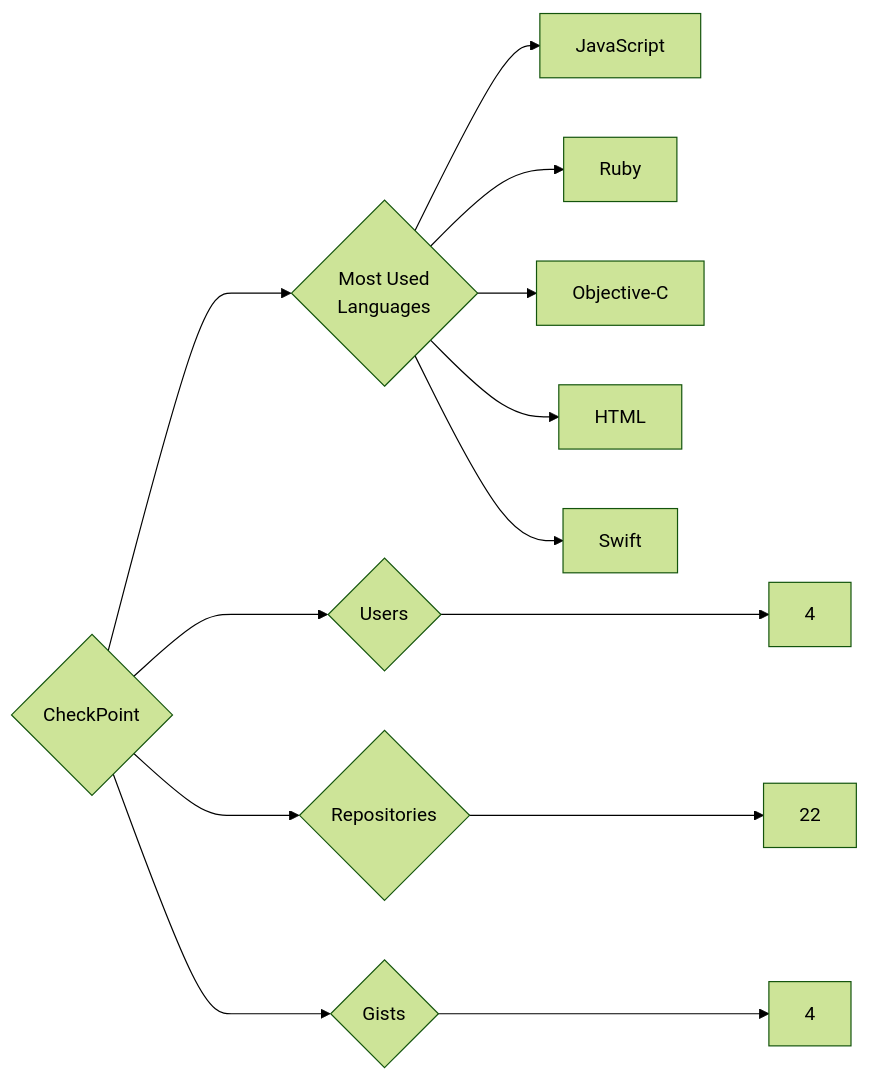
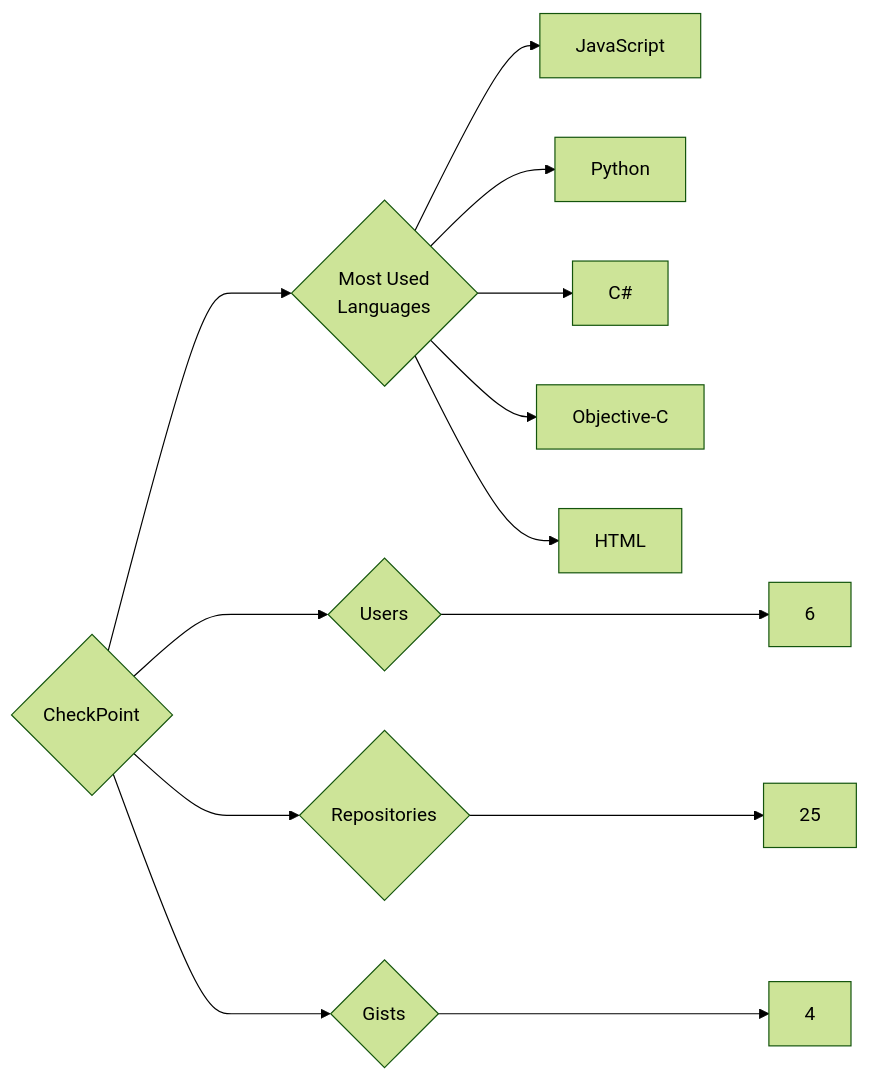
Before and after one commit to trickest/insiders: the diagram in targets/CheckPoint/README.md, drawn with Mermaid (forest theme). The commit also changed 823 other files, not shown here.

````diff
--- a/targets/CheckPoint/README.md
+++ b/targets/CheckPoint/README.md
@@ -3,13 +3,13 @@
 ```mermaid
 graph LR
 COMPANY_NAME{CheckPoint}
-COMPANY_NAME ---> U{Users} ---> UN[4]
-COMPANY_NAME ---> R{Repositories} ---> RN[22]
+COMPANY_NAME ---> U{Users} ---> UN[6]
+COMPANY_NAME ---> R{Repositories} ---> RN[25]
 COMPANY_NAME ---> G{Gists} ---> GN[4]
 COMPANY_NAME ---> ML{Most Used<br>Languages}
 ML --> JavaScript[JavaScript]
-ML --> Ruby[Ruby]
+ML --> Python[Python]
+ML --> C#[C#]
 ML --> Objective-C[Objective-C]
 ML --> HTML[HTML]
-ML --> Swift[Swift]
 ```
````
